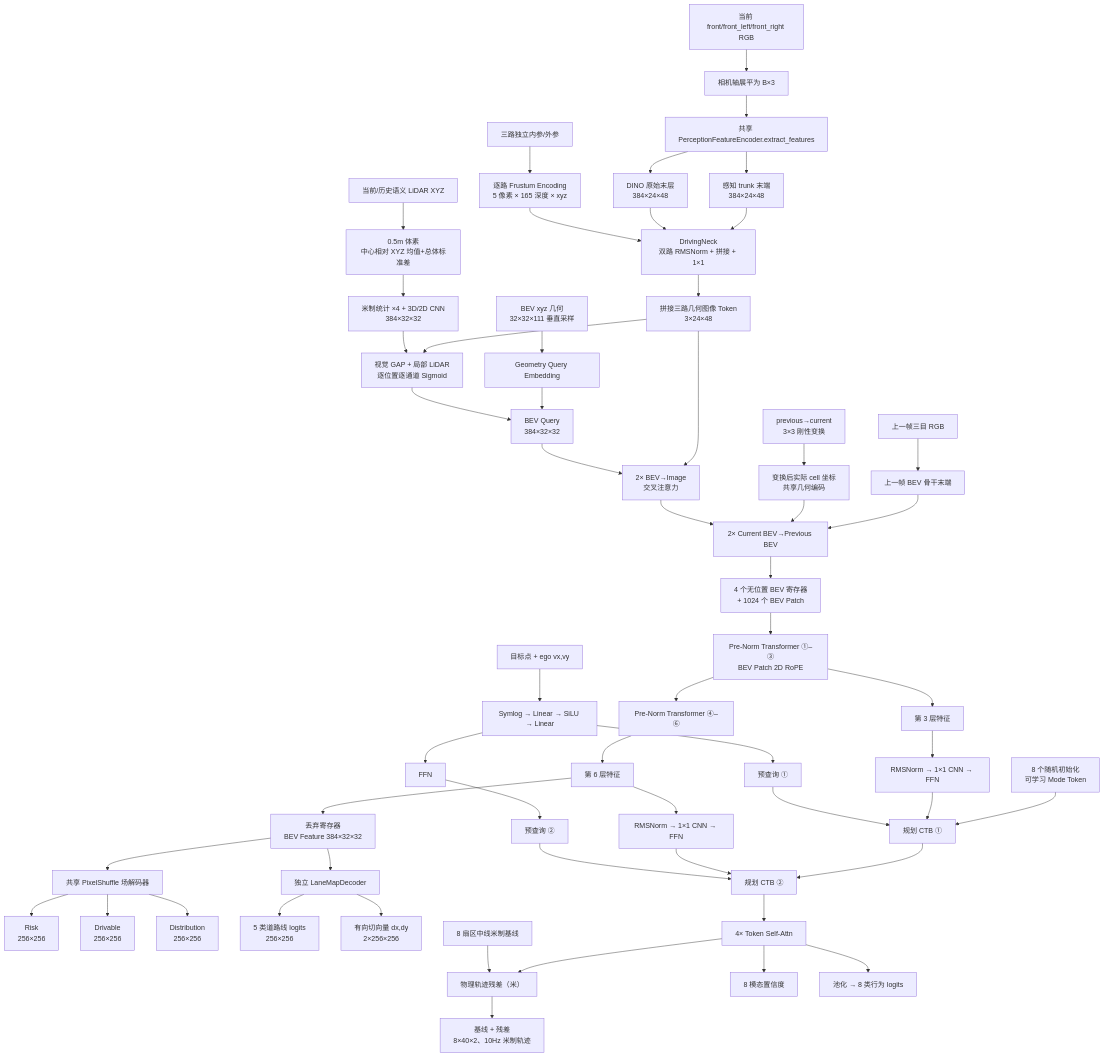
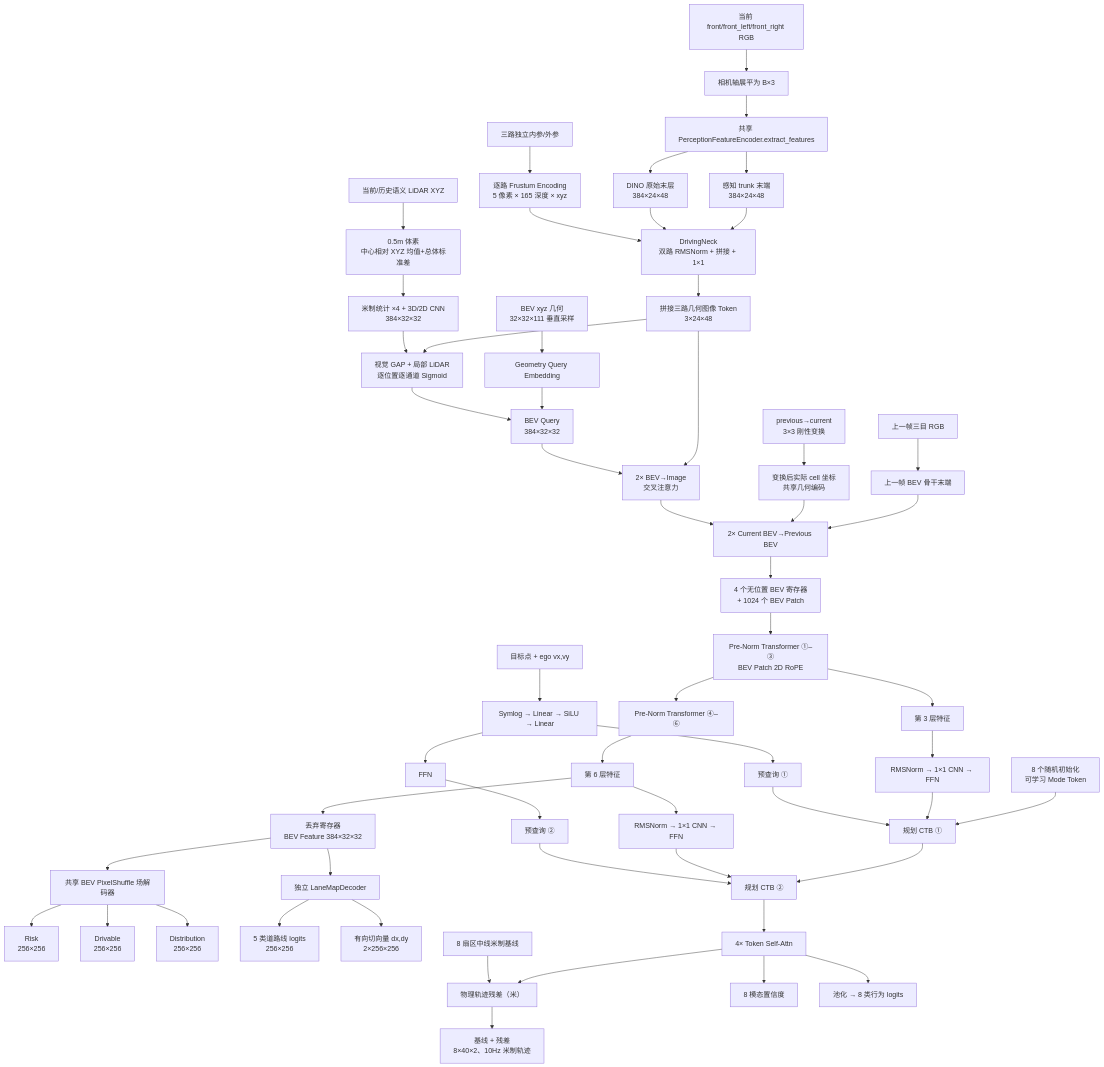
The fourth of 9 diagrams in README.md (ByteDriveTeam/ByteDrive-Toy), drawn with Mermaid before and after one commit. The commit also changed other lines of this file and 7 other files, not shown here.

````diff
--- a/README.md
+++ b/README.md
@@ -305,58 +305,58 @@
 ```mermaid
 flowchart TB
     RGB["当前 front/front_left/front_right RGB"] --> FLAT["相机轴展平为 B×3"]
     FLAT --> P["共享 PerceptionFeatureEncoder.extract_features"]
     P --> T["感知 trunk 末端<br/>384×24×48"]
     P --> R["DINO 原始末层<br/>384×24×48"]
 
     T --> NECK["DrivingNeck<br/>双路 RMSNorm + 拼接 + 1×1"]
     R --> NECK
     CALIB["三路独立内参/外参"] --> FR["逐路 Frustum Encoding<br/>5 像素 × 165 深度 × xyz"]
     FR --> NECK
     NECK --> IMG["拼接三路几何图像 Token<br/>3×24×48"]
 
     GRID["BEV xyz 几何<br/>32×32×111 垂直采样"] --> QUERY["Geometry Query Embedding"]
     QUERY --> BEVQ["BEV Query<br/>384×32×32"]
     LIDAR["当前/历史语义 LiDAR XYZ"] --> VOXEL["0.5m 体素<br/>中心相对 XYZ 均值+总体标准差"]
     VOXEL --> LENC["米制统计 ×4 + 3D/2D CNN<br/>384×32×32"]
     IMG --> GATE["视觉 GAP + 局部 LiDAR<br/>逐位置逐通道 Sigmoid"]
     LENC --> GATE
     GATE --> BEVQ
     IMG --> CROSS["2× BEV→Image<br/>交叉注意力"]
     BEVQ --> CROSS
     PRGB["上一帧三目 RGB"] --> PBEV["上一帧 BEV 骨干末端"]
     TF["previous→current<br/>3×3 刚性变换"] --> PGEOM["变换后实际 cell 坐标<br/>共享几何编码"]
     PBEV --> TCROSS["2× Current BEV→Previous BEV"]
     PGEOM --> TCROSS
     CROSS --> TCROSS --> SEQ["4 个无位置 BEV 寄存器<br/>+ 1024 个 BEV Patch"]
     SEQ --> TRANS3["Pre-Norm Transformer ①–③<br/>BEV Patch 2D RoPE"]
     TRANS3 --> F3["第 3 层特征"]
     TRANS3 --> TRANS6["Pre-Norm Transformer ④–⑥"]
     TRANS6 --> F6["第 6 层特征"]
     F6 --> BEV["丢弃寄存器<br/>BEV Feature 384×32×32"]
 
-    BEV --> FIELD["共享 PixelShuffle 场解码器"]
+    BEV --> FIELD["共享 BEV PixelShuffle 场解码器"]
     FIELD --> RISK["Risk<br/>256×256"]
     FIELD --> DRIVE["Drivable<br/>256×256"]
     FIELD --> DIST["Distribution<br/>256×256"]
 
     BEV --> LANE["独立 LaneMapDecoder"]
     LANE --> LCLS["5 类道路线 logits<br/>256×256"]
     LANE --> LDIR["有向切向量 dx,dy<br/>2×256×256"]
 
     COND["目标点 + ego vx,vy"] --> SYM["Symlog → Linear → SiLU → Linear"]
     SYM --> Q1["预查询 ①"]
     SYM --> PPN["FFN"] --> Q2["预查询 ②"]
     MODE["8 个随机初始化<br/>可学习 Mode Token"] --> CTB1["规划 CTB ①"]
     F3 --> A1["RMSNorm → 1×1 CNN → FFN"] --> CTB1
     Q1 --> CTB1
     CTB1 --> CTB2["规划 CTB ②"]
     F6 --> A2["RMSNorm → 1×1 CNN → FFN"] --> CTB2
     Q2 --> CTB2
     CTB2 --> PTB["4× Token Self-Attn"]
     PTB --> RES["物理轨迹残差（米）"]
     BASE["8 扇区中线米制基线"] --> RES
     RES --> TRAJ["基线 + 残差<br/>8×40×2、10Hz 米制轨迹"]
     PTB --> CONF["8 模态置信度"]
     PTB --> ACT["池化 → 8 类行为 logits"]
 ```
````
